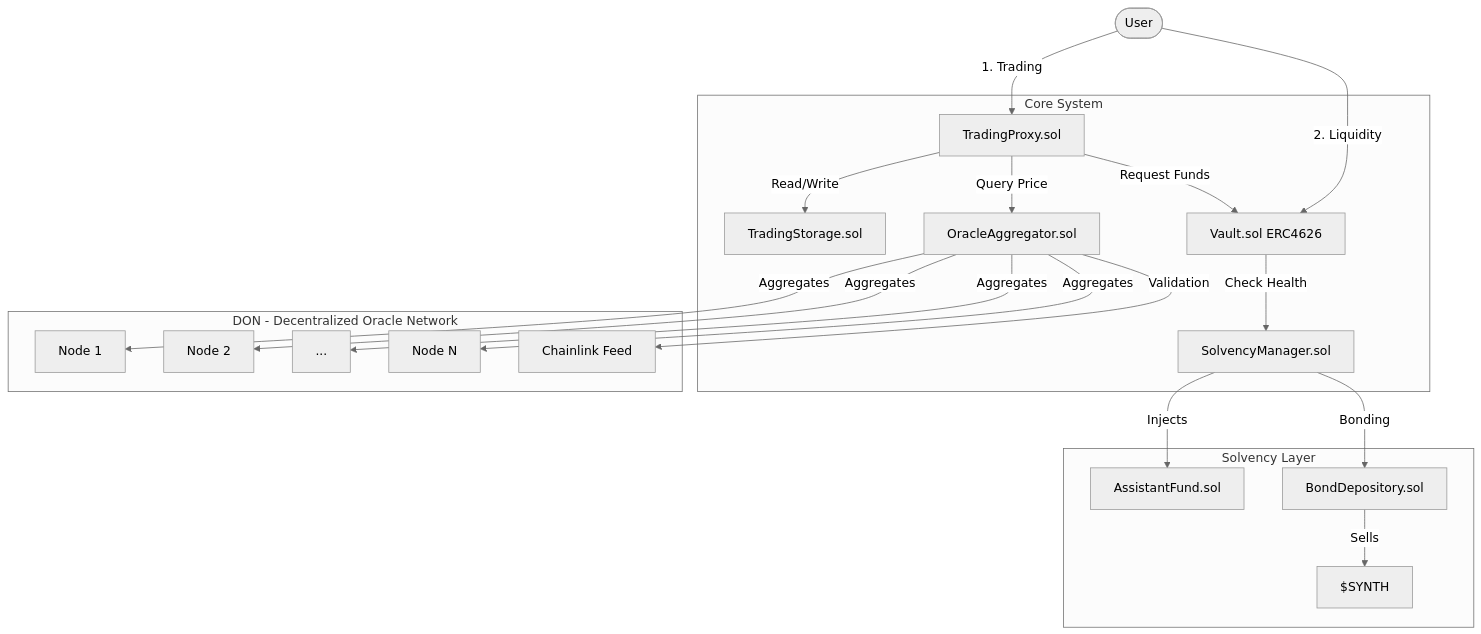
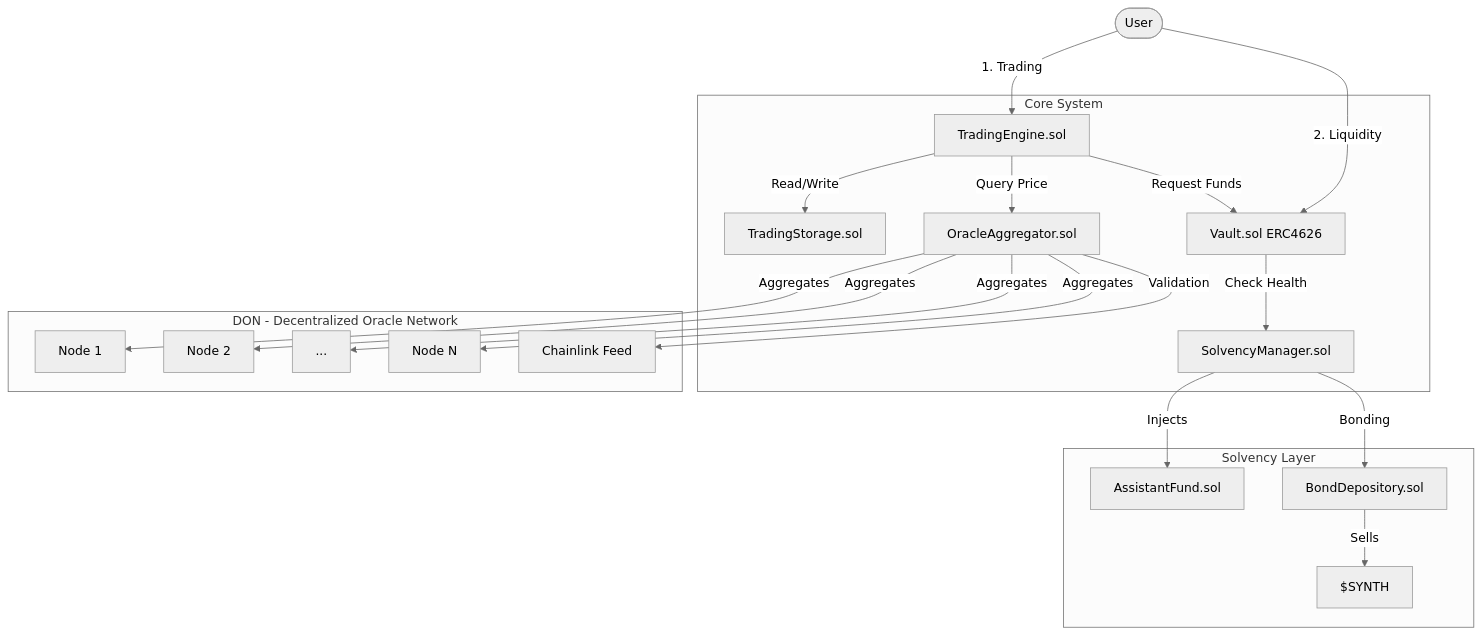
Before and after one commit to GushALKDev/evm-synthetic-trading-protocol: the first of 5 diagrams in docs/03-architecture.md, drawn with Mermaid (neutral theme). The commit also changed other lines of this file and 13 other files, not shown here.

First line of the commit message:
Add TradingStorage and rename components to TradingEngine

````diff
--- a/docs/03-architecture.md
+++ b/docs/03-architecture.md
@@ -23,26 +23,26 @@
 ```mermaid
 graph TD
-    User([User]) -->|1. Trading| Proxy[TradingProxy.sol]
+    User([User]) -->|1. Trading| Proxy[TradingEngine.sol]
     User -->|2. Liquidity| Vault[Vault.sol ERC4626]
     
     subgraph Core System
         Proxy -->|Read/Write| Storage[TradingStorage.sol]
         Proxy -->|Query Price| Aggregator[OracleAggregator.sol]
         Proxy -->|Request Funds| Vault
         Vault -->|Check Health| Solvency[SolvencyManager.sol]
     end
     
     subgraph DON - Decentralized Oracle Network
         Aggregator -->|Aggregates| Node1[Node 1]
         Aggregator -->|Aggregates| Node2[Node 2]
         Aggregator -->|Aggregates| Node3[...]
         Aggregator -->|Aggregates| NodeN[Node N]
         Aggregator -->|Validation| Chainlink[Chainlink Feed]
     end
     
     subgraph Solvency Layer
         Solvency -->|Injects| Assistant[AssistantFund.sol]
         Solvency -->|Bonding| Bond[BondDepository.sol]
         Bond -->|Sells| Token[$SYNTH]
     end
 ```
````
